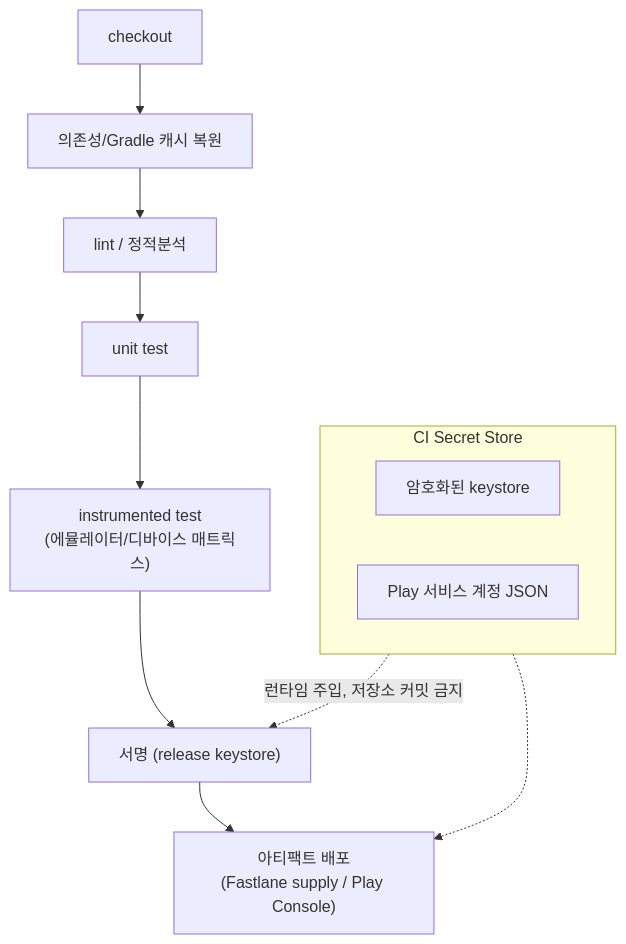
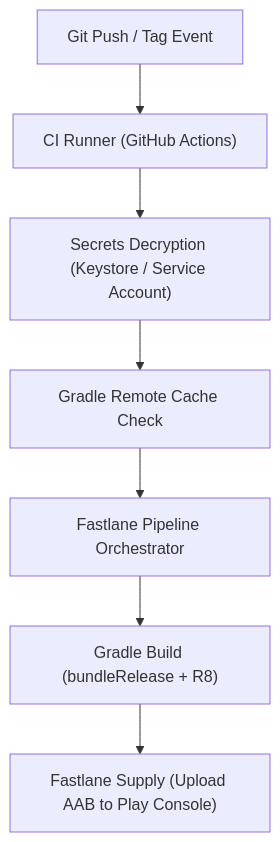
Before and after one commit to youngmin-gwon/what-i-studied: the diagram in 01_inbox/mobile/android/03_packaging_deployment/build/ci-cd-contracts/ci-cd-contracts.md, drawn with Mermaid. The commit also changed other lines of this file and 134 other files, not shown here.

````diff
--- a/01_inbox/mobile/android/03_packaging_deployment/build/ci-cd-contracts/ci-cd-contracts.md
+++ b/01_inbox/mobile/android/03_packaging_deployment/build/ci-cd-contracts/ci-cd-contracts.md
@@ -17,16 +26,9 @@
 ```mermaid
 flowchart TD
-    Checkout["checkout"] --> CacheRestore["의존성/Gradle 캐시 복원"]
-    CacheRestore --> Lint["lint / 정적분석"]
-    Lint --> UnitTest["unit test"]
-    UnitTest --> InstrTest["instrumented test\n(에뮬레이터/디바이스 매트릭스)"]
-    InstrTest --> Sign["서명 (release keystore)"]
-    Sign --> Deploy["아티팩트 배포\n(Fastlane supply / Play Console)"]
-
-    subgraph Secrets["CI Secret Store"]
-        Keystore["암호화된 keystore"]
-        ServiceAccount["Play 서비스 계정 JSON"]
-    end
-    Secrets -.->|런타임 주입, 저장소 커밋 금지| Sign
-    Secrets -.-> Deploy
+    GitPush["Git Push / Tag Event"] --> CIServer["CI Runner (GitHub Actions)"]
+    CIServer --> SecretInject["Secrets Decryption (Keystore / Service Account)"]
+    SecretInject --> CacheCheck["Gradle Remote Cache Check"]
+    CacheCheck --> FastlaneRunner["Fastlane Pipeline Orchestrator"]
+    FastlaneRunner --> GradleBuild["Gradle Build (bundleRelease + R8)"]
+    GradleBuild --> PlaySupply["Fastlane Supply (Upload AAB to Play Console)"]
 ```
````
